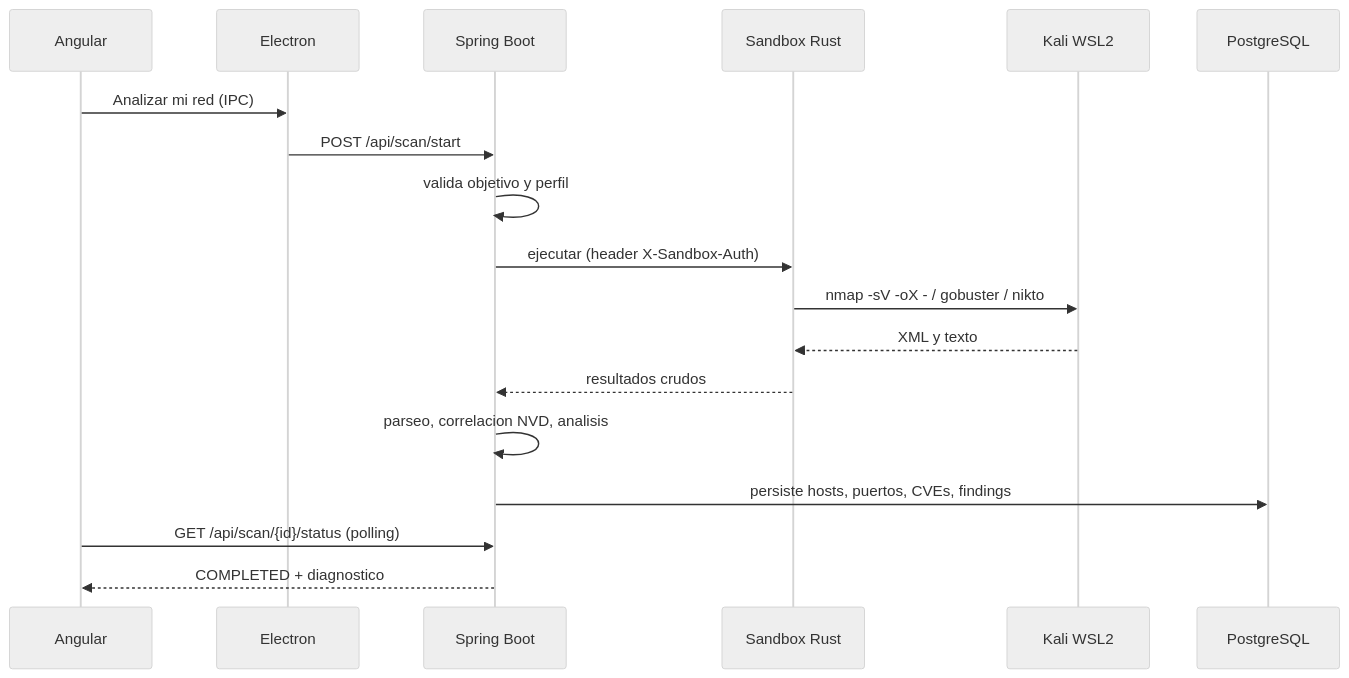
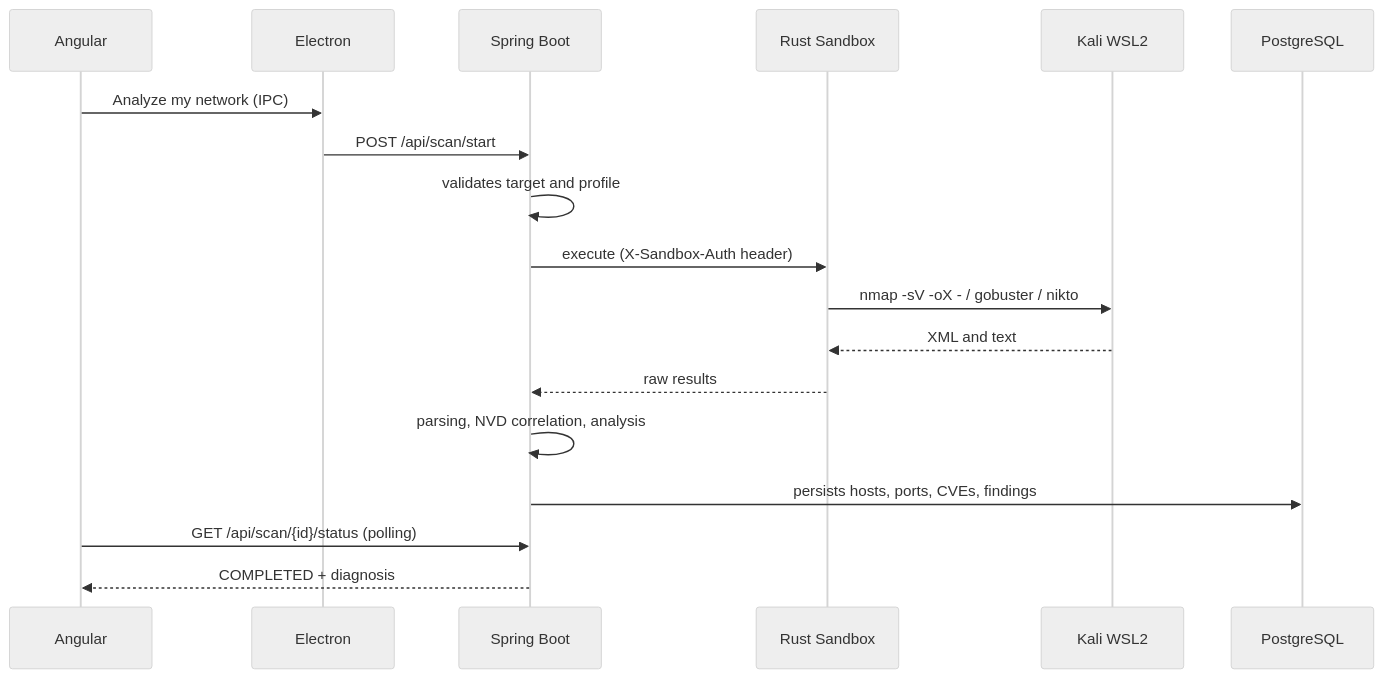
The second of 2 diagrams in README.md (FaridDevU/NetSentinel), drawn with Mermaid (neutral theme) before and after one commit. The commit also changed other lines of this file, not shown here.

````diff
--- a/README.md
+++ b/README.md
@@ -103,20 +103,20 @@
 ```mermaid
 sequenceDiagram
     participant C as Angular
     participant E as Electron
     participant A as Spring Boot
-    participant S as Sandbox Rust
+    participant S as Rust Sandbox
     participant K as Kali WSL2
     participant D as PostgreSQL
-    C->>E: Analizar mi red (IPC)
+    C->>E: Analyze my network (IPC)
     E->>A: POST /api/scan/start
-    A->>A: valida objetivo y perfil
-    A->>S: ejecutar (header X-Sandbox-Auth)
+    A->>A: validates target and profile
+    A->>S: execute (X-Sandbox-Auth header)
     S->>K: nmap -sV -oX - / gobuster / nikto
-    K-->>S: XML y texto
-    S-->>A: resultados crudos
-    A->>A: parseo, correlacion NVD, analisis
-    A->>D: persiste hosts, puertos, CVEs, findings
+    K-->>S: XML and text
+    S-->>A: raw results
+    A->>A: parsing, NVD correlation, analysis
+    A->>D: persists hosts, ports, CVEs, findings
     C->>A: GET /api/scan/{id}/status (polling)
-    A-->>C: COMPLETED + diagnostico
+    A-->>C: COMPLETED + diagnosis
 ```
````
